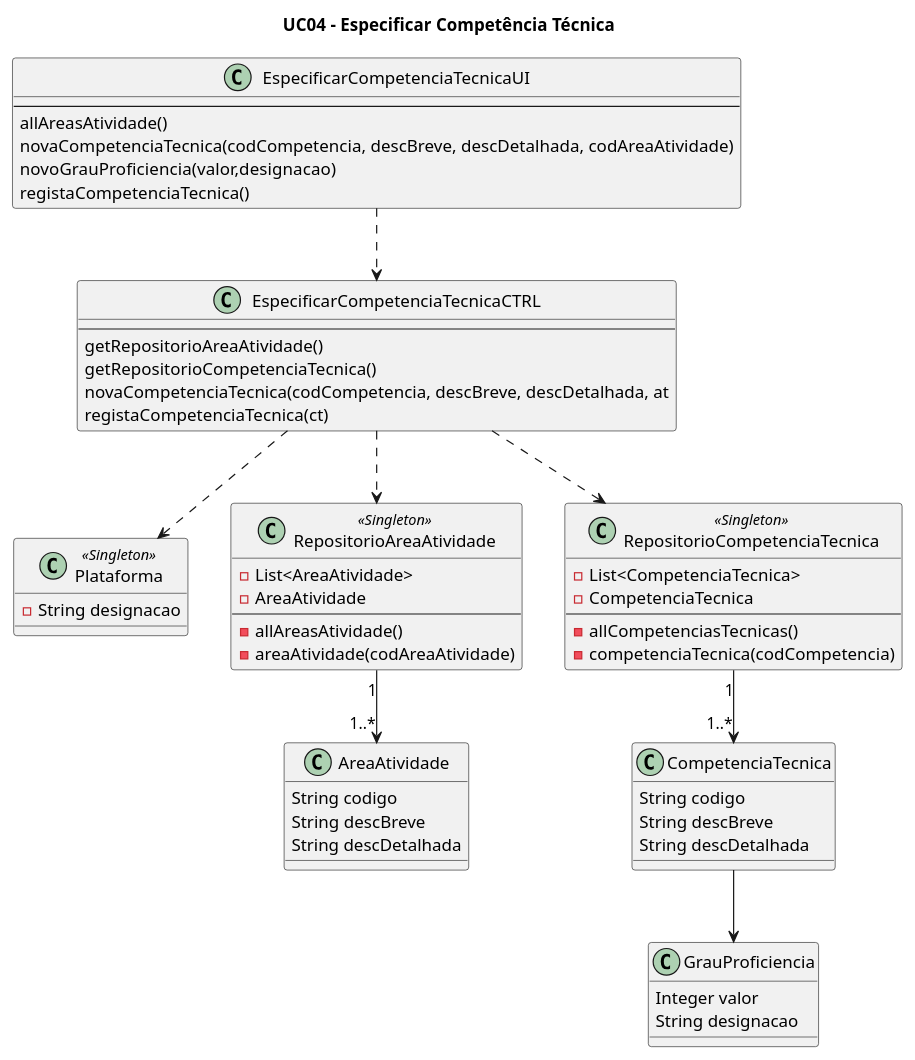
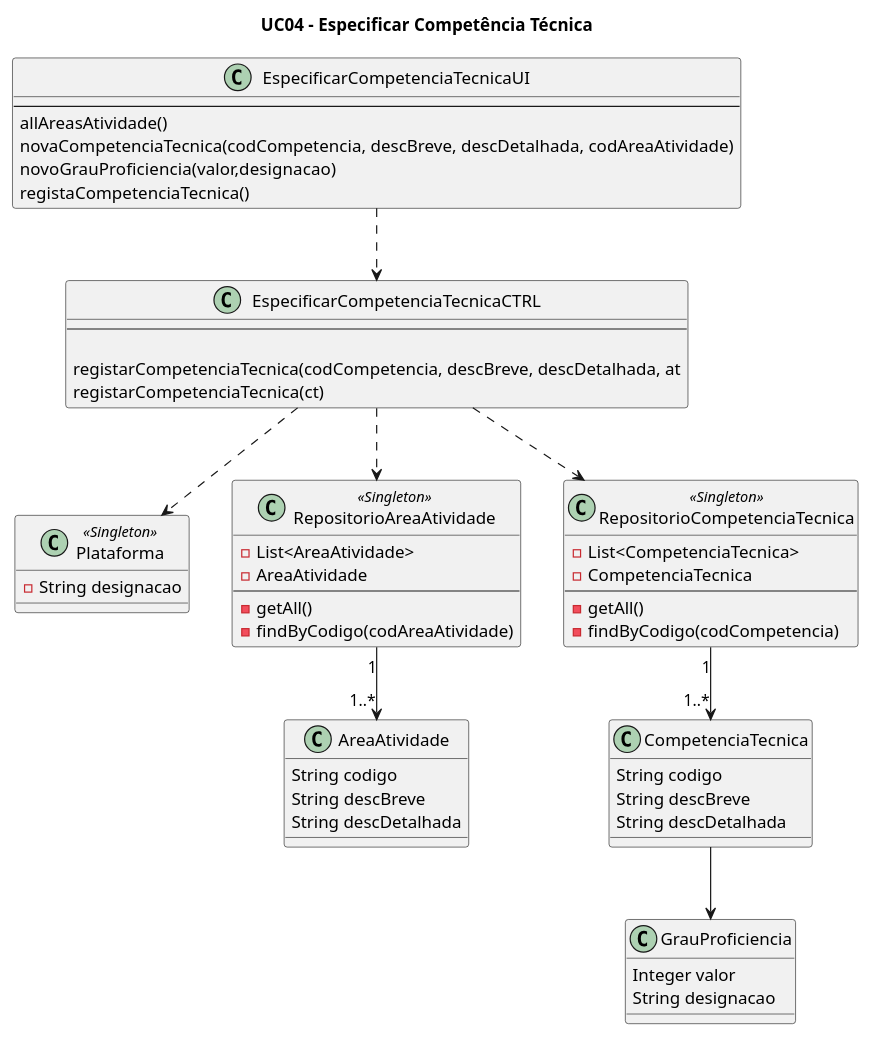
One commit to blestonbandeiraUPSKILL/upskill_java1_labprg_grupo2 changed the diagram in Documentação/Sprint 2/UC04_Especificar_Competencia_Tecnica/UC04_Especificar_Competencia_Tecnica._Diagrama_Classe.wsd. Above: the diagram before and after it, drawn with PlantUML. The commit also changed 9 other files, not shown here.

```diff
--- a/Documentação/Sprint 2/UC04_Especificar_Competencia_Tecnica/UC04_Especificar_Competencia_Tecnica._Diagrama_Classe.wsd
+++ b/Documentação/Sprint 2/UC04_Especificar_Competencia_Tecnica/UC04_Especificar_Competencia_Tecnica._Diagrama_Classe.wsd
@@ -1,65 +1,64 @@
 @startuml
 title UC04 - Especificar Competência Técnica
 
 class Plataforma <<Singleton>> {
     -String designacao
 }
 
 class EspecificarCompetenciaTecnicaUI{
     --
     allAreasAtividade()
     novaCompetenciaTecnica(codCompetencia, descBreve, descDetalhada, codAreaAtividade)
     novoGrauProficiencia(valor,designacao)
     registaCompetenciaTecnica()
 }
 
 class EspecificarCompetenciaTecnicaCTRL{
     --
-    getRepositorioAreaAtividade()
-    getRepositorioCompetenciaTecnica()
-    novaCompetenciaTecnica(codCompetencia, descBreve, descDetalhada, at
-    registaCompetenciaTecnica(ct)
+
+    registarCompetenciaTecnica(codCompetencia, descBreve, descDetalhada, at
+    registarCompetenciaTecnica(ct)
 }
 
 class AreaAtividade{
     String codigo
     String descBreve
     String descDetalhada
 }
 
 class CompetenciaTecnica{
     String codigo
     String descBreve
     String descDetalhada
 }
 
 class GrauProficiencia{
     Integer valor
     String designacao
 }
 
 class RepositorioAreaAtividade <<Singleton>>{
     -List<AreaAtividade>
     -AreaAtividade
     --
-    -allAreasAtividade()
-    -areaAtividade(codAreaAtividade)
+    -getAll()
+    -findByCodigo(codAreaAtividade)
 }
 
 class RepositorioCompetenciaTecnica <<Singleton>>{
     -List<CompetenciaTecnica>
     -CompetenciaTecnica
     --
-    -allCompetenciasTecnicas()
-    -competenciaTecnica(codCompetencia)
+    -getAll()
+    -findByCodigo(codCompetencia)
 }
 
 EspecificarCompetenciaTecnicaUI ..> EspecificarCompetenciaTecnicaCTRL
 EspecificarCompetenciaTecnicaCTRL ..> Plataforma
 EspecificarCompetenciaTecnicaCTRL ..> RepositorioAreaAtividade
 EspecificarCompetenciaTecnicaCTRL ..> RepositorioCompetenciaTecnica
 RepositorioAreaAtividade "1" --> "1..*" AreaAtividade
 RepositorioCompetenciaTecnica "1" --> "1..*" CompetenciaTecnica
 CompetenciaTecnica --> GrauProficiencia
 
 @enduml
```
